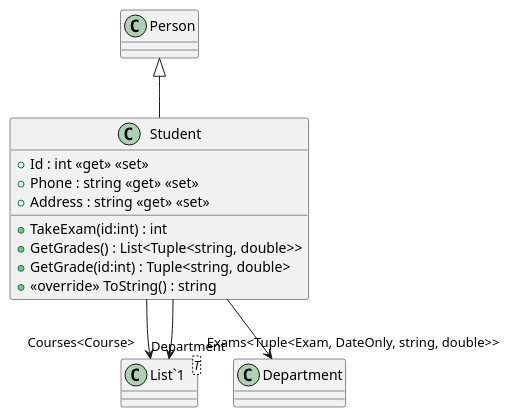
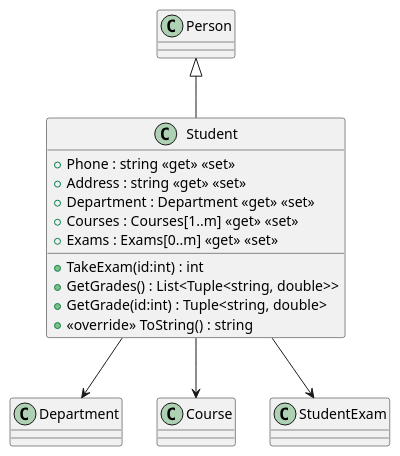
The diagram in Examination System UML/plantuml/Examination System UML/Student.puml (dinaelmasry666/ITI-Examination-System), drawn with PlantUML before and after one commit. The commit also changed 18 other files, not shown here.

Commit message:
fixed some issues and implemented PlantUML class diagram

```diff
--- a/Examination System UML/plantuml/Examination System UML/Student.puml
+++ b/Examination System UML/plantuml/Examination System UML/Student.puml
@@ -1,17 +1,18 @@
 @startuml
 class Student {
-    + Id : int <<get>> <<set>>
     + Phone : string <<get>> <<set>>
     + Address : string <<get>> <<set>>
+    + Department : Department <<get>> <<set>>
+    + Courses : Courses[1..m] <<get>> <<set>>
+    + Exams : Exams[0..m] <<get>> <<set>>
     + TakeExam(id:int) : int
     + GetGrades() : List<Tuple<string, double>>
     + GetGrade(id:int) : Tuple<string, double>
     + <<override>> ToString() : string
 }
-class "List`1"<T> {
-}
+
 Person <|-- Student
-Student --> "Department" Department
-Student --> "Courses<Course>" "List`1"
-Student --> "Exams<Tuple<Exam, DateOnly, string, double>>" "List`1"
+Student --> Department
+Student --> Course
+Student --> StudentExam
 @enduml
```
